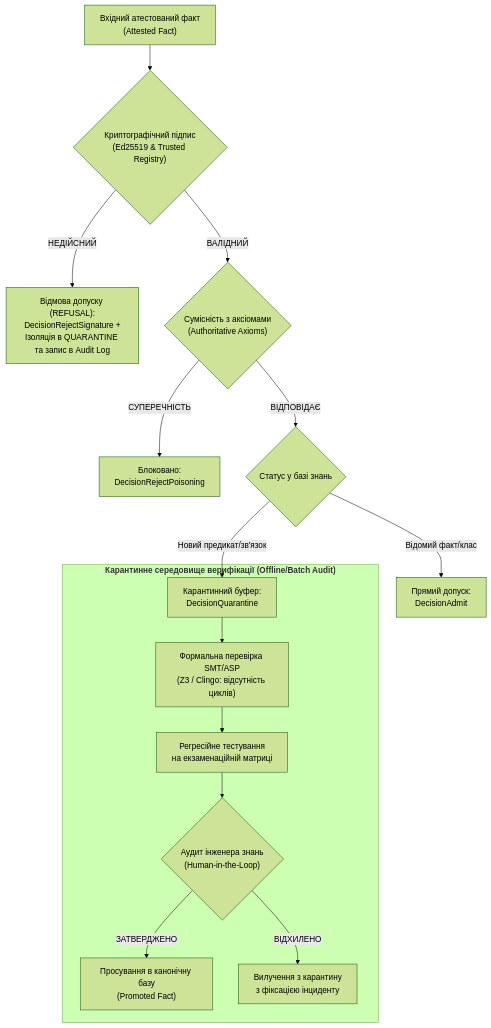
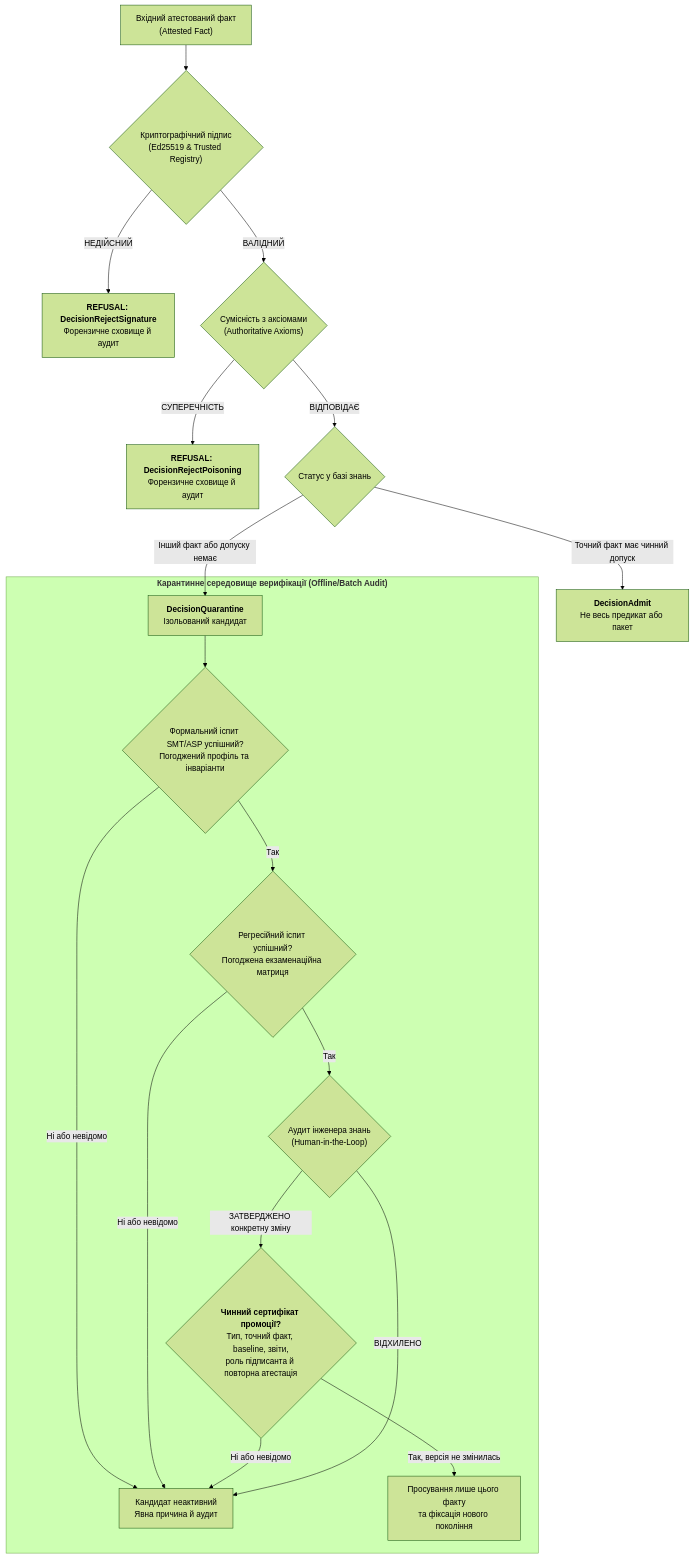
The fifth of 5 diagrams in ExpertSystem/ch33-inter-system-knowledge-exchange-and-model-teaching.md (nick-fedchik/articles), drawn with Mermaid (forest theme) before and after one commit. The commit also changed other lines of this file and 22 other files, not shown here.

````diff
--- a/ExpertSystem/ch33-inter-system-knowledge-exchange-and-model-teaching.md
+++ b/ExpertSystem/ch33-inter-system-knowledge-exchange-and-model-teaching.md
@@ -548,23 +556,27 @@
 ```mermaid
 flowchart TD
     accTitle: Шлюз вхідного контролю та карантин фактів
-    accDescr: Перевірка підпису (з відмовою REFUSAL, ізоляцією в QUARANTINE і записом у журнал аудиту при недійсному підписі), перевірка аксіом та поміщення невідомих предикатів у карантин для офлайн-верифікації.
+    accDescr: Відхилені зразки ізолюються у форензичному сховищі без шляху промоції. Валідний новий факт стає кандидатом незалежно від відомості предиката; просування вимагає формальної й регресійної перевірки, затвердження конкретної зміни та чинної прив'язки до кандидата й baseline.
 
     IN["Вхідний атестований факт<br/>(Attested Fact)"] --> C1{"Криптографічний підпис<br/>(Ed25519 & Trusted Registry)"}
-    C1 -->|НЕДІЙСНИЙ| REJ_SIG["Відмова допуску (REFUSAL):<br/>DecisionRejectSignature +<br/>Ізоляція в QUARANTINE та запис в Audit Log"]
+    C1 -->|"НЕДІЙСНИЙ"| REJ_SIG["<b>REFUSAL: DecisionRejectSignature</b><br/>Форензичне сховище й аудит"]
     C1 -->|ВАЛІДНИЙ| C2{"Сумісність з аксіомами<br/>(Authoritative Axioms)"}
     
-    C2 -->|СУПЕРЕЧНІСТЬ| REJ_POI["Блоковано:<br/>DecisionRejectPoisoning"]
+    C2 -->|"СУПЕРЕЧНІСТЬ"| REJ_POI["<b>REFUSAL: DecisionRejectPoisoning</b><br/>Форензичне сховище й аудит"]
     C2 -->|ВІДПОВІДАЄ| C3{"Статус у базі знань"}
     
-    C3 -->|Відомий факт/клас| ADMIT["Прямий допуск:<br/>DecisionAdmit"]
-    C3 -->|Новий предикат/зв'язок| QUAR["Карантинний буфер:<br/>DecisionQuarantine"]
+    C3 -->|"Точний факт має чинний допуск"| ADMIT["<b>DecisionAdmit</b><br/>Не весь предикат або пакет"]
+    C3 -->|"Інший факт або допуску немає"| QUAR["<b>DecisionQuarantine</b><br/>Ізольований кандидат"]
     
     subgraph Quarantine["<b>Карантинне середовище верифікації (Offline/Batch Audit)</b>"]
-        QUAR --> SMT["Формальна перевірка SMT/ASP<br/>(Z3 / Clingo: відсутність циклів)"]
-        SMT --> REG["Регресійне тестування<br/>на екзаменаційній матриці"]
-        REG --> HITL{"Аудит інженера знань<br/>(Human-in-the-Loop)"}
-        HITL -->|ЗАТВЕРДЖЕНО| PROMOTE["Просування в канонічну базу<br/>(Promoted Fact)"]
-        HITL -->|ВІДХИЛЕНО| PURGE["Вилучення з карантину<br/>з фіксацією інциденту"]
+        QUAR --> SMT{"Формальний іспит SMT/ASP успішний?<br/>Погоджений профіль та інваріанти"}
+        SMT -->|"Так"| REG{"Регресійний іспит успішний?<br/>Погоджена екзаменаційна матриця"}
+        SMT -->|"Ні або невідомо"| HOLD
+        REG -->|"Ні або невідомо"| HOLD
+        REG -->|"Так"| HITL{"Аудит інженера знань<br/>(Human-in-the-Loop)"}
+        HITL -->|"ЗАТВЕРДЖЕНО конкретну зміну"| BIND{"<b>Чинний сертифікат промоції?</b><br/>Тип, точний факт, baseline, звіти,<br/>роль підписанта й повторна атестація"}
+        BIND -->|"Так, версія не змінилась"| PROMOTE["Просування лише цього факту<br/>та фіксація нового покоління"]
+        BIND -->|"Ні або невідомо"| HOLD["Кандидат неактивний<br/>Явна причина й аудит"]
+        HITL -->|"ВІДХИЛЕНО"| HOLD
     end
 ```
````
